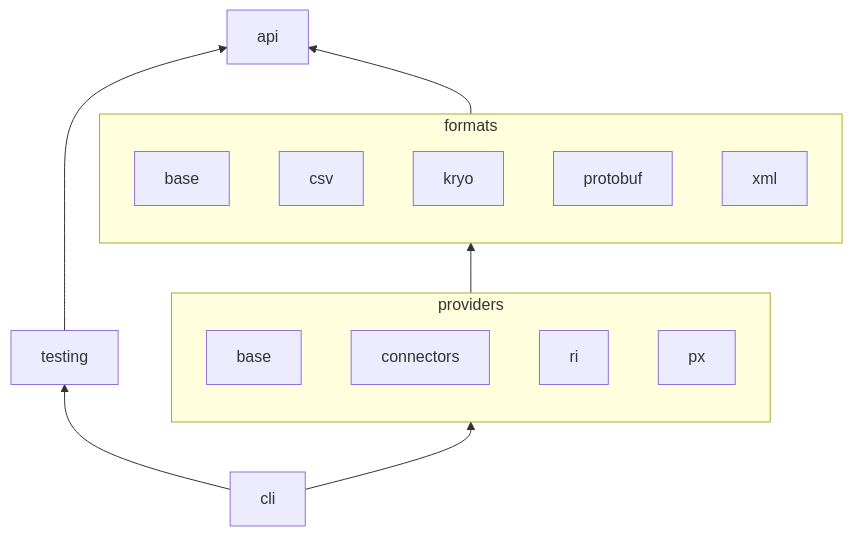
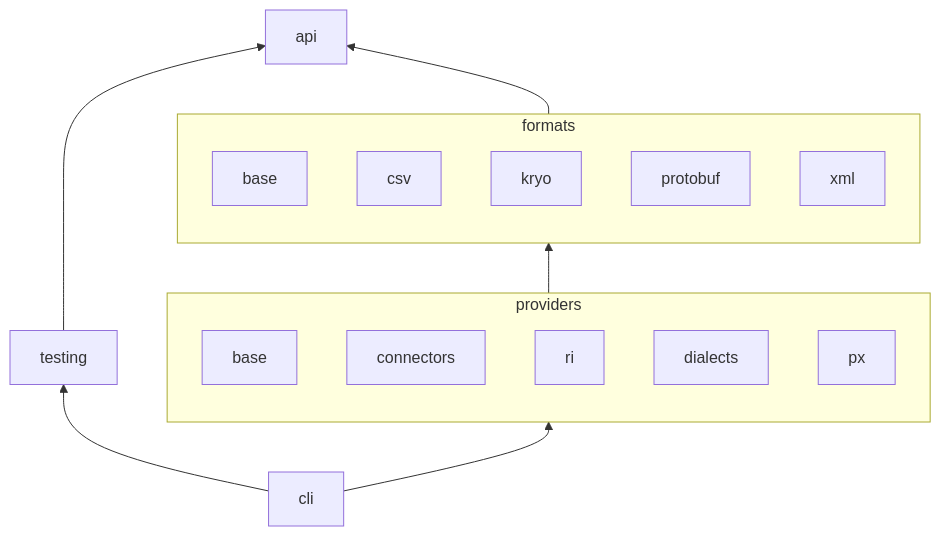
Before and after one commit to nbbrd/sdmx-dl: the diagram in docs/content/api/_index.md, drawn with Mermaid. The commit also changed 33 other files, not shown here.

````diff
--- a/docs/content/api/_index.md
+++ b/docs/content/api/_index.md
@@ -10,24 +10,25 @@
 ```mermaid
 flowchart BT
     api
     subgraph formats
         format-base[base]
         csv
         kryo
         protobuf
         xml
     end
     subgraph providers
         provider-base[base]
         connectors
         ri
+        dialects
         px
     end
     testing
     cli
 
     formats --> api
     providers --> formats
     testing ---> api
     cli --> providers & testing
 ```
````
